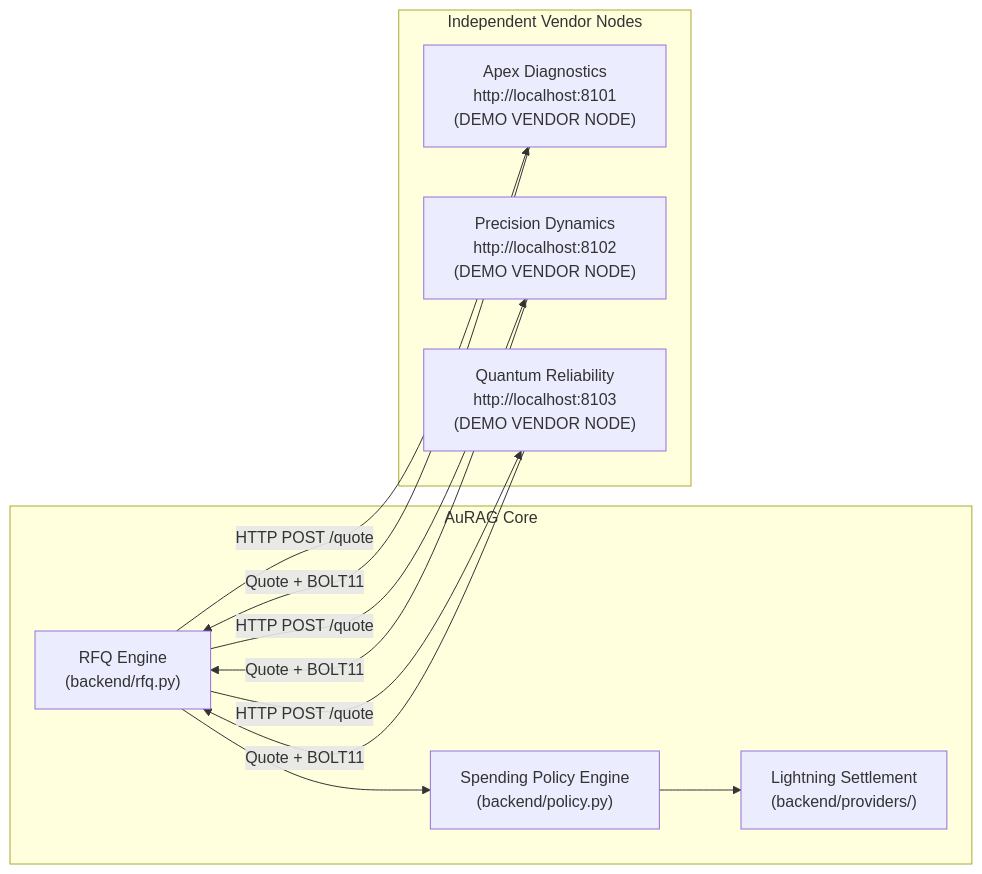
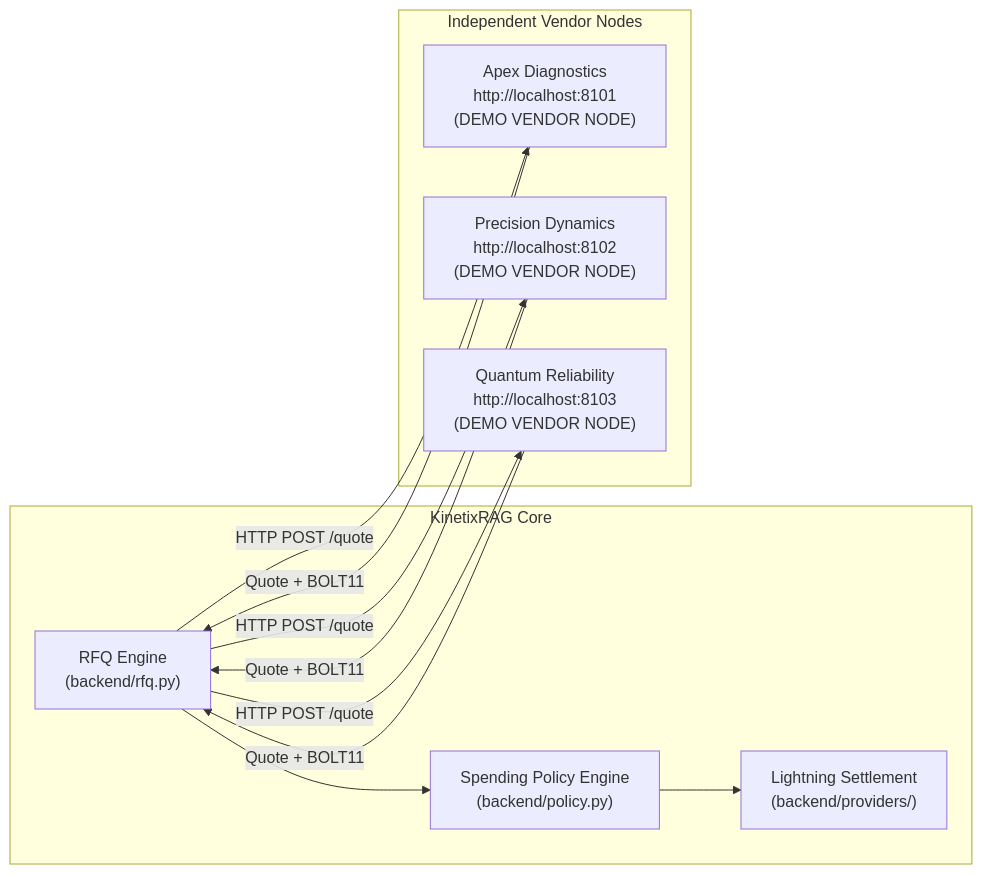
One commit to Niss54/paypal changed the diagram in docs/VENDOR_FEDERATION.md. Above: the diagram before and after it, drawn with Mermaid. The commit also changed other lines of this file and 104 other files, not shown here.

Commit message:
feat: KinetixRAG industrial telemetry and multi-agent GraphRAG reasoning integration

````diff
--- a/docs/VENDOR_FEDERATION.md
+++ b/docs/VENDOR_FEDERATION.md
@@ -13,25 +13,25 @@
 ```mermaid
 flowchart LR
-    subgraph AuRAG Core
+    subgraph KinetixRAG Core
         Engine["RFQ Engine<br/>(backend/rfq.py)"]
         PolicyGate["Spending Policy Engine<br/>(backend/policy.py)"]
         Settlement["Lightning Settlement<br/>(backend/providers/)"]
     end
 
     subgraph Independent Vendor Nodes
         Apex["Apex Diagnostics<br/>http://localhost:8101<br/>(DEMO VENDOR NODE)"]
         Precision["Precision Dynamics<br/>http://localhost:8102<br/>(DEMO VENDOR NODE)"]
         Quantum["Quantum Reliability<br/>http://localhost:8103<br/>(DEMO VENDOR NODE)"]
     end
 
     Engine -- "HTTP POST /quote" --> Apex
     Engine -- "HTTP POST /quote" --> Precision
     Engine -- "HTTP POST /quote" --> Quantum
 
     Apex -- "Quote + BOLT11" --> Engine
     Precision -- "Quote + BOLT11" --> Engine
     Quantum -- "Quote + BOLT11" --> Engine
 
     Engine --> PolicyGate
     PolicyGate --> Settlement
 ```
````
